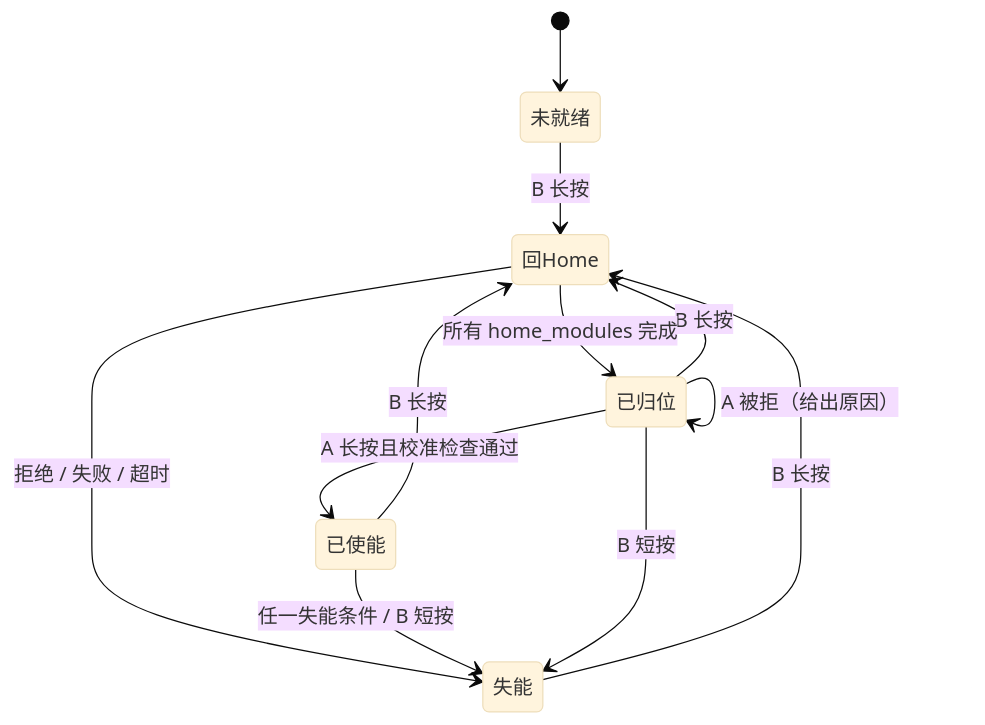
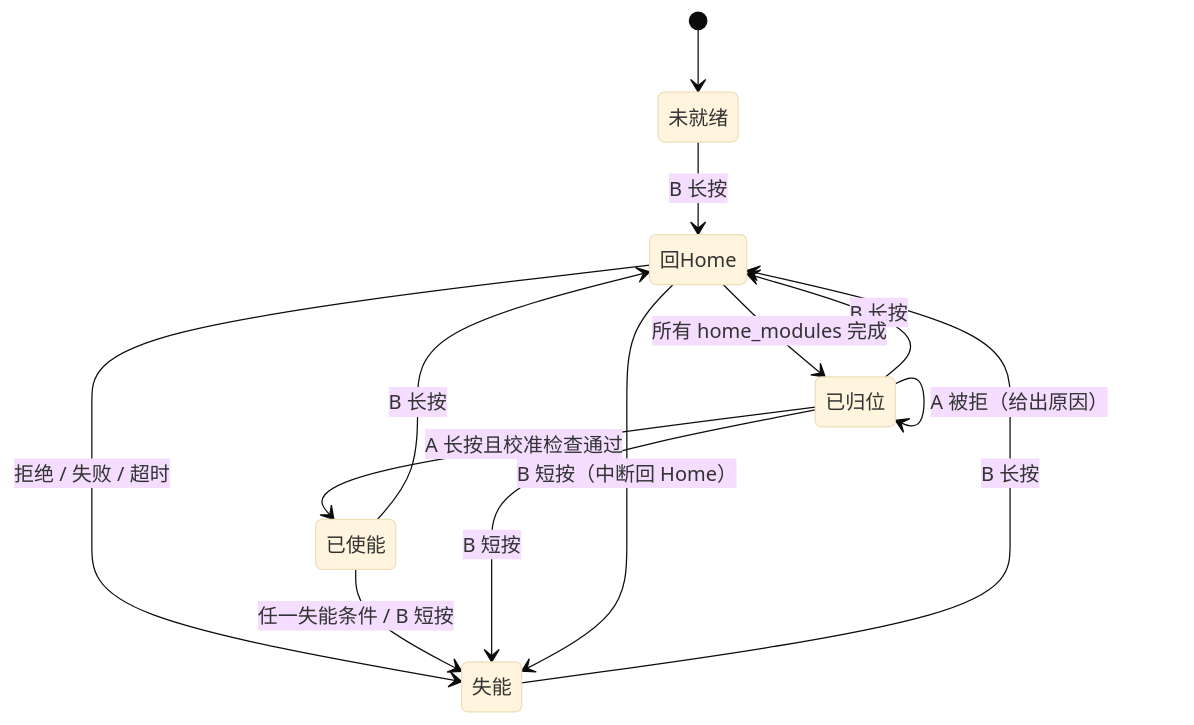
The second of 6 diagrams in lookie_teleop/docs/vr_teleop_dev_design.zh-CN.md (AgilexOpensource/lookie_ros), drawn with Mermaid (base theme) before and after one commit. The commit also changed other lines of this file and 4 other files, not shown here.

````diff
--- a/lookie_teleop/docs/vr_teleop_dev_design.zh-CN.md
+++ b/lookie_teleop/docs/vr_teleop_dev_design.zh-CN.md
@@ -144,14 +145,15 @@
 ```mermaid
 stateDiagram-v2
     [*] --> 未就绪
     未就绪 --> 回Home: B 长按
     已归位 --> 回Home: B 长按
     已使能 --> 回Home: B 长按
     失能 --> 回Home: B 长按
     回Home --> 已归位: 所有 home_modules 完成
     回Home --> 失能: 拒绝 / 失败 / 超时
     已归位 --> 已使能: A 长按且校准检查通过
     已归位 --> 已归位: A 被拒（给出原因）
     已使能 --> 失能: 任一失能条件 / B 短按
     已归位 --> 失能: B 短按
+    回Home --> 失能: B 短按（中断回 Home）
 ```
````
